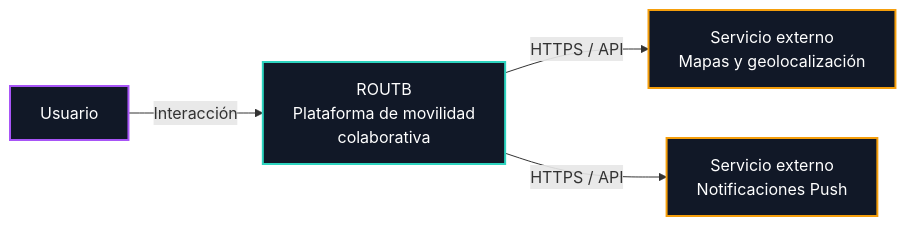
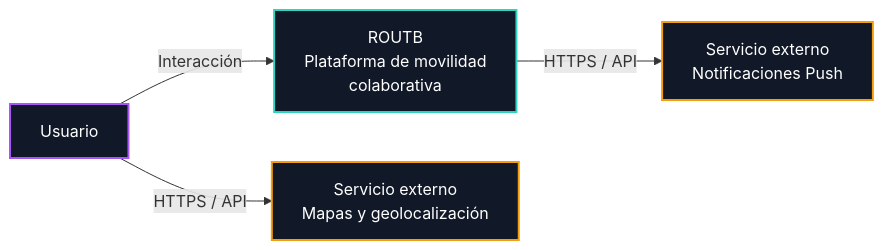
One commit to ISCOUTB/AS_202620_ROUTB changed the second of 2 diagrams in docs/arc42/03_contexto_y_alcance.md. Above: the diagram before and after it, drawn with Mermaid. The commit also changed other lines of this file and 13 other files, not shown here.

````diff
--- a/docs/arc42/03_contexto_y_alcance.md
+++ b/docs/arc42/03_contexto_y_alcance.md
@@ -45,26 +45,25 @@
 ```mermaid
 flowchart LR
 
     U["Usuario"]
 
     R["ROUTB<br/>Plataforma de movilidad<br/>colaborativa"]
 
     MAP["Servicio externo<br/>Mapas y geolocalización"]
 
     PUSH["Servicio externo<br/>Notificaciones Push"]
 
 
     U -->|"Interacción"| R
-
-    R -->|"HTTPS / API"| MAP
+    U -->|"HTTPS / API"| MAP
     R -->|"HTTPS / API"| PUSH
 
 
     classDef user fill:#111827,stroke:#a855f7,color:#fff,stroke-width:2px
     classDef system fill:#111827,stroke:#2dd4bf,color:#fff,stroke-width:2px
     classDef external fill:#111827,stroke:#f59e0b,color:#fff,stroke-width:2px
 
     class U user
     class R system
     class MAP,PUSH external
 ```
````
